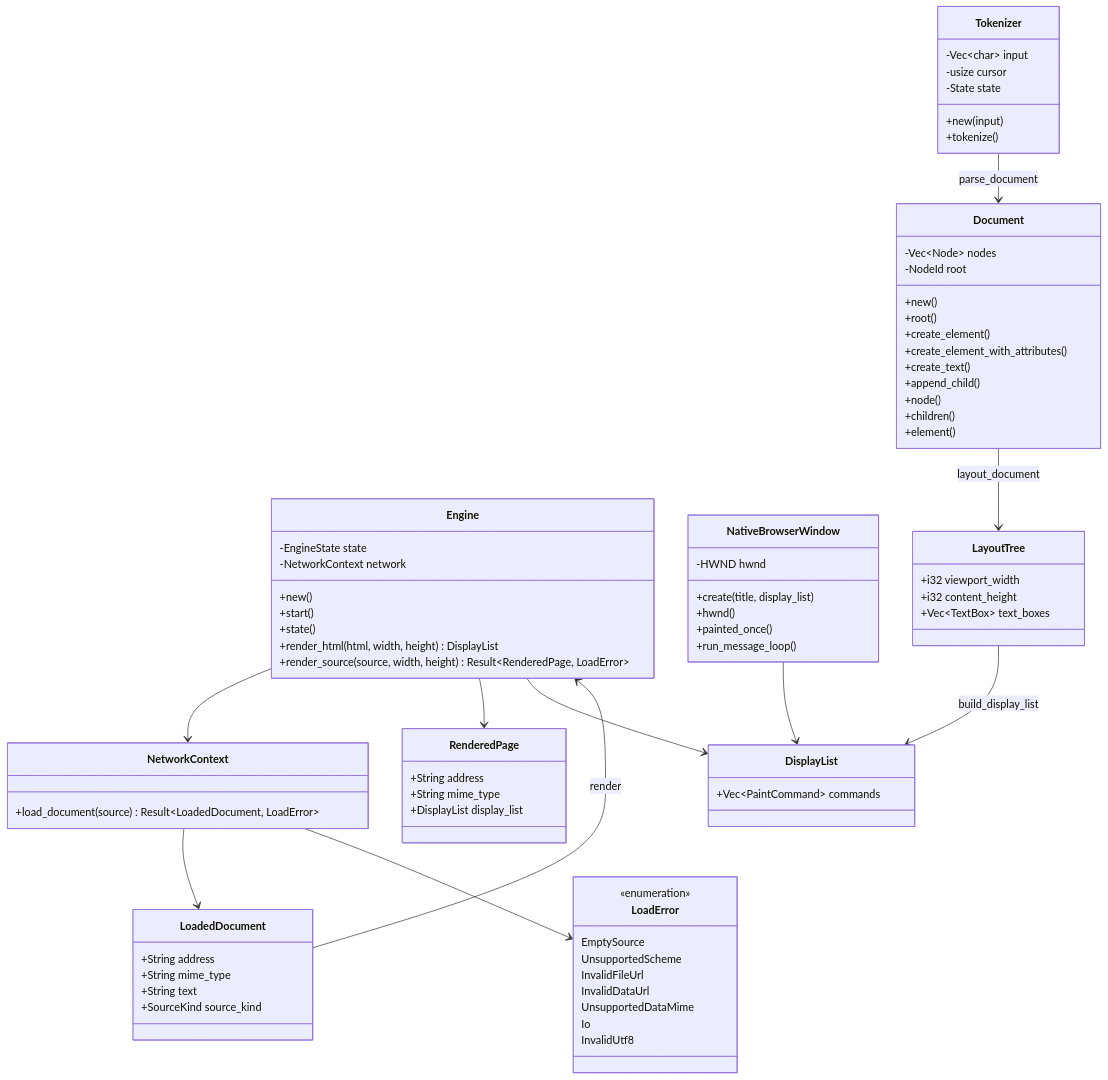
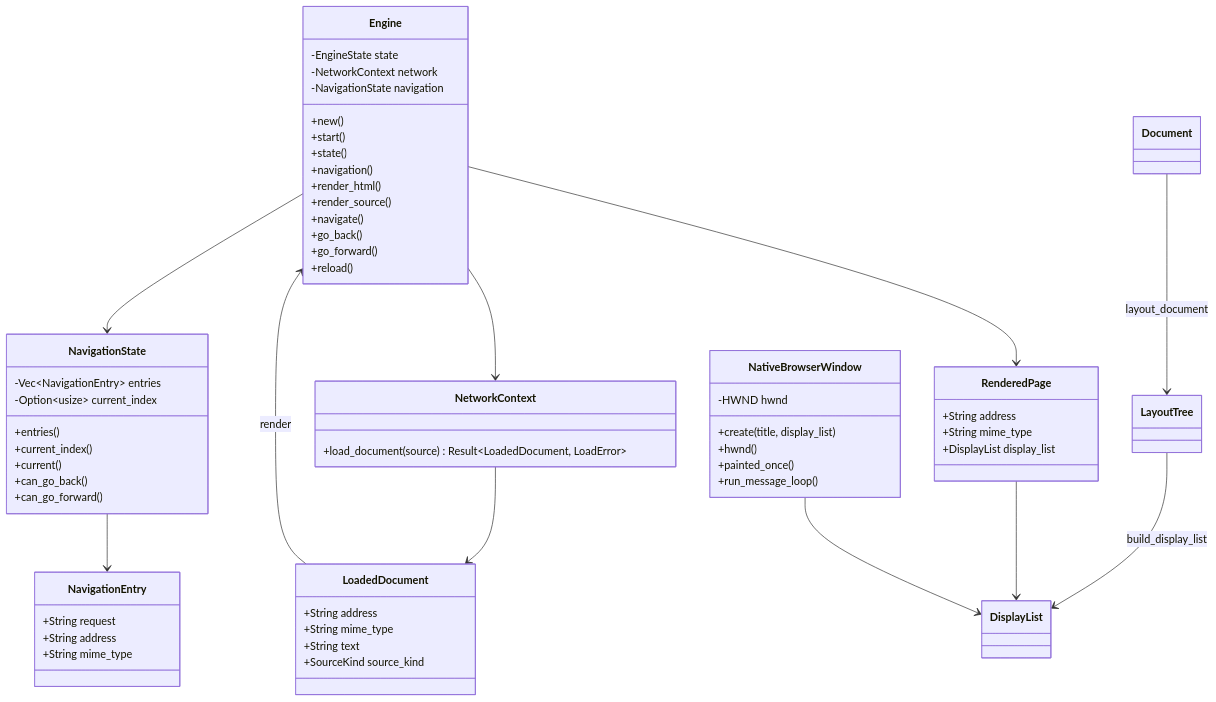
One commit to Gerbesh/OPBrowser changed the second of 2 diagrams in docs/CODE_GRAPH.md. Above: the diagram before and after it, drawn with Mermaid. The commit also changed other lines of this file and 7 other files, not shown here.

````diff
--- a/docs/CODE_GRAPH.md
+++ b/docs/CODE_GRAPH.md
@@ -44,11 +44,33 @@
     class Engine {
         -EngineState state
         -NetworkContext network
+        -NavigationState navigation
         +new()
         +start()
         +state()
-        +render_html(html, width, height) DisplayList
-        +render_source(source, width, height) Result~RenderedPage, LoadError~
+        +navigation()
+        +render_html()
+        +render_source()
+        +navigate()
+        +go_back()
+        +go_forward()
+        +reload()
+    }
+
+    class NavigationState {
+        -Vec~NavigationEntry~ entries
+        -Option~usize~ current_index
+        +entries()
+        +current_index()
+        +current()
+        +can_go_back()
+        +can_go_forward()
+    }
+
+    class NavigationEntry {
+        +String request
+        +String address
+        +String mime_type
     }
 
     class RenderedPage {
@@ -68,17 +90,6 @@
         +SourceKind source_kind
     }
 
-    class LoadError {
-        <<enumeration>>
-        EmptySource
-        UnsupportedScheme
-        InvalidFileUrl
-        InvalidDataUrl
-        UnsupportedDataMime
-        Io
-        InvalidUtf8
-    }
-
     class NativeBrowserWindow {
         -HWND hwnd
         +create(title, display_list)
@@ -87,46 +98,18 @@
         +run_message_loop()
     }
 
-    class Document {
-        -Vec~Node~ nodes
-        -NodeId root
-        +new()
-        +root()
-        +create_element()
-        +create_element_with_attributes()
-        +create_text()
-        +append_child()
-        +node()
-        +children()
-        +element()
-    }
+    class Document
+    class LayoutTree
+    class DisplayList
 
-    class Tokenizer {
-        -Vec~char~ input
-        -usize cursor
-        -State state
-        +new(input)
-        +tokenize()
-    }
-
-    class LayoutTree {
-        +i32 viewport_width
-        +i32 content_height
-        +Vec~TextBox~ text_boxes
-    }
-
-    class DisplayList {
-        +Vec~PaintCommand~ commands
-    }
-
+    Engine --> NavigationState
+    NavigationState --> NavigationEntry
+    Engine --> NetworkContext
     NetworkContext --> LoadedDocument
-    NetworkContext --> LoadError
-    Engine --> NetworkContext
     Engine --> RenderedPage
     LoadedDocument --> Engine : render
-    Tokenizer --> Document : parse_document
     Document --> LayoutTree : layout_document
     LayoutTree --> DisplayList : build_display_list
-    Engine --> DisplayList
+    RenderedPage --> DisplayList
     NativeBrowserWindow --> DisplayList
 ```
````
